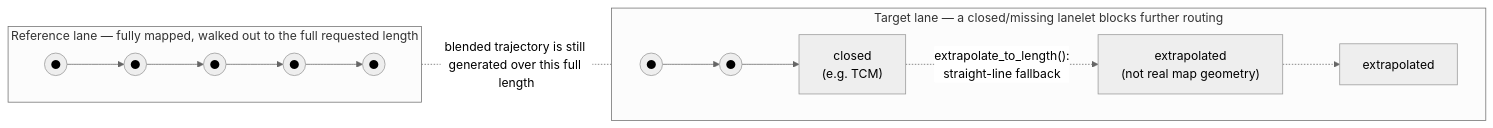
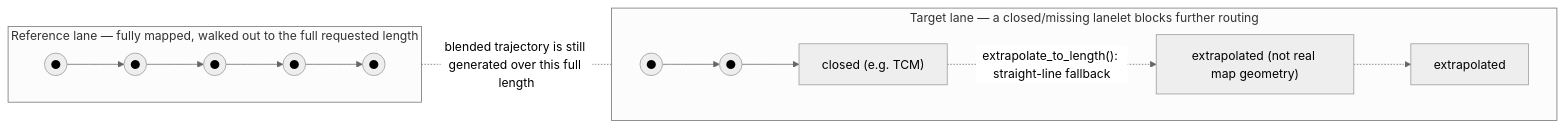
One commit to usdot-fhwa-stol/carma-platform changed the second of 2 diagrams in basic_autonomy/README.md. Above: the diagram before and after it, drawn with Mermaid (neutral theme).

````diff
--- a/basic_autonomy/README.md
+++ b/basic_autonomy/README.md
@@ -63,12 +63,14 @@
 ```mermaid
 flowchart LR
     subgraph LaneA["Reference lane — fully mapped, walked out to the full requested length"]
         direction LR
         RA1(("●")) --> RA2(("●")) --> RA3(("●")) --> RA4(("●")) --> RA5(("●"))
     end
     subgraph LaneB["Target lane — a closed/missing lanelet blocks further routing"]
         direction LR
-        RB1(("●")) --> RB2(("●")) --> RB3["closed<br/>(e.g. TCM)"] -. "extrapolate_to_length():<br/>straight-line fallback" .-> RB4["extrapolated<br/>(not real map geometry)"] -.-> RB5["extrapolated"]
+        RB1(("●")) --> RB2(("●")) --> RB3["closed (e.g. TCM)"]
+        RB3 -. "extrapolate_to_length(): straight-line fallback" .-> RB4["extrapolated (not real map geometry)"]
+        RB4 -.-> RB5["extrapolated"]
     end
     RA5 -. "blended trajectory is still generated over this full length" .- RB5
 ```
````
